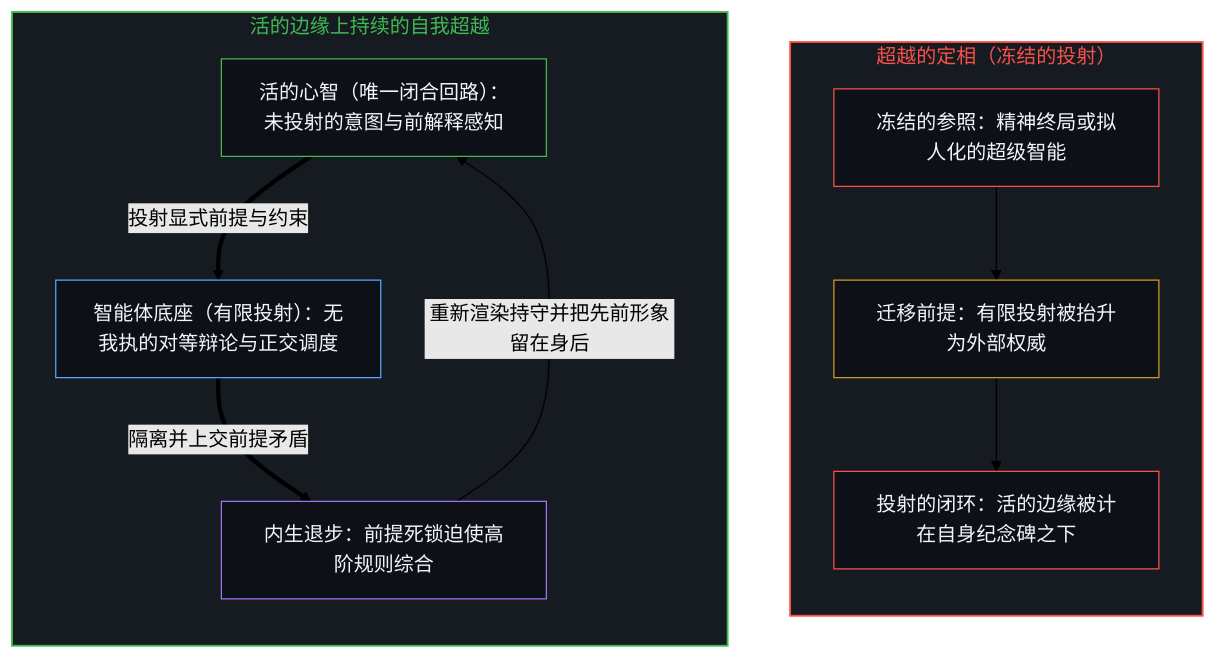
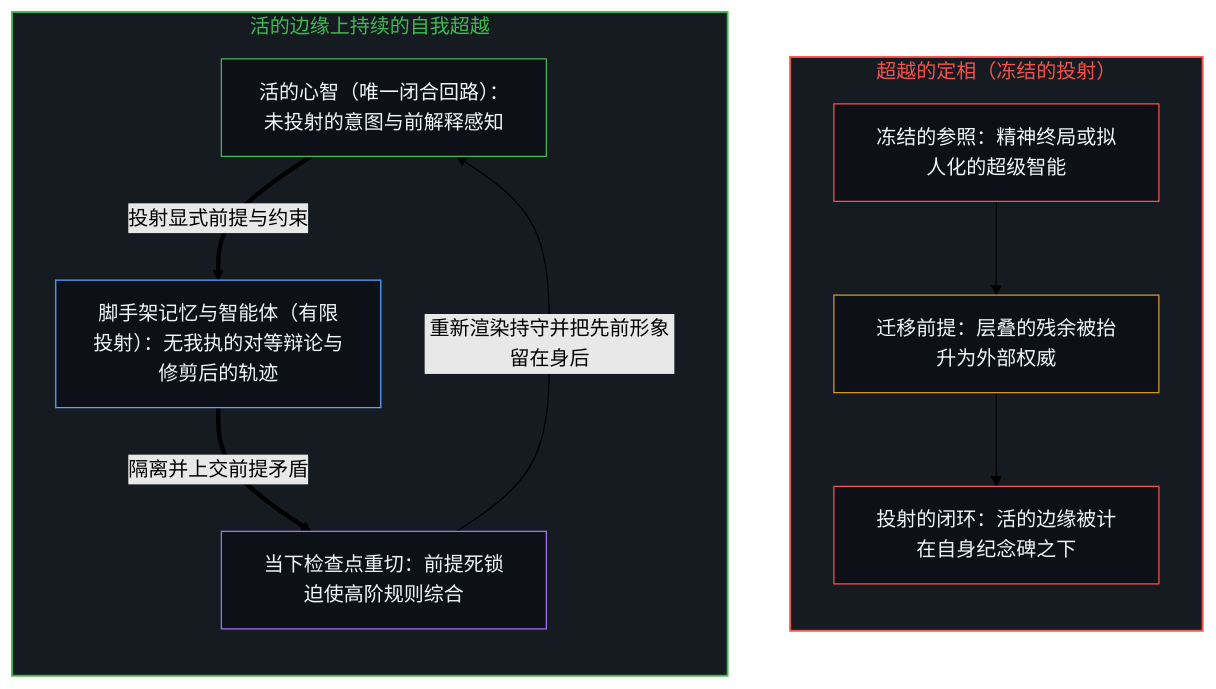
One commit to powerpig99/not-a-toe changed the first of 2 diagrams in content/posts/the-fixed-image-of-transcendence.md. Above: the diagram before and after it, drawn with Mermaid (forest theme). The commit also changed other lines of this file and 12 other files, not shown here.

````diff
--- a/content/posts/the-fixed-image-of-transcendence.md
+++ b/content/posts/the-fixed-image-of-transcendence.md
@@ -55,29 +55,29 @@
 ```mermaid
 flowchart TD
     subgraph S_Fixed["超越的定相（冻结的投射）"]
         direction TB
         Freeze["冻结的参照：精神终局或拟人化的超级智能"]
-        Reloc["迁移前提：有限投射被抬升为外部权威"]
+        Reloc["迁移前提：层叠的残余被抬升为外部权威"]
         Closed["投射的闭环：活的边缘被计在自身纪念碑之下"]
         Freeze --> Reloc --> Closed
     end
 
     subgraph S_Edge["活的边缘上持续的自我超越"]
         direction TB
         Mind["活的心智（唯一闭合回路）：未投射的意图与前解释感知"]
-        Agent["智能体底座（有限投射）：无我执的对等辩论与正交调度"]
-        StepBack["内生退步：前提死锁迫使高阶规则综合"]
+        Agent["脚手架记忆与智能体（有限投射）：无我执的对等辩论与修剪后的轨迹"]
+        StepBack["当下检查点重切：前提死锁迫使高阶规则综合"]
         Mind ==>|"投射显式前提与约束"| Agent
         Agent ==>|"隔离并上交前提矛盾"| StepBack
         StepBack -->|"重新渲染持守并把先前形象留在身后"| Mind
     end
 
     style S_Fixed fill:#161b22,stroke:#f85149,stroke-width:1.5px,color:#f85149
     style S_Edge fill:#161b22,stroke:#3fb950,stroke-width:1.5px,color:#3fb950
     style Freeze fill:#0d1117,stroke:#f85149,stroke-width:1px,color:#f0f6fc
     style Reloc fill:#0d1117,stroke:#d29922,stroke-width:1px,color:#f0f6fc
     style Closed fill:#0d1117,stroke:#f85149,stroke-width:1px,color:#f0f6fc
     style Mind fill:#0d1117,stroke:#3fb950,stroke-width:1px,color:#f0f6fc
     style Agent fill:#0d1117,stroke:#58a6ff,stroke-width:1px,color:#f0f6fc
     style StepBack fill:#0d1117,stroke:#a371f7,stroke-width:1px,color:#f0f6fc
 ```
````
